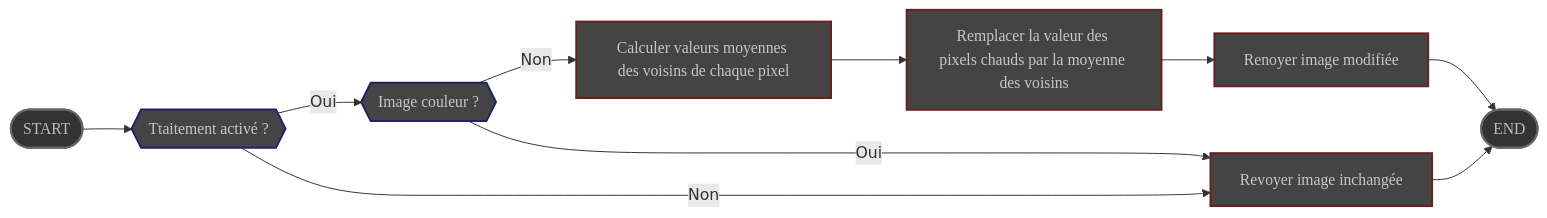
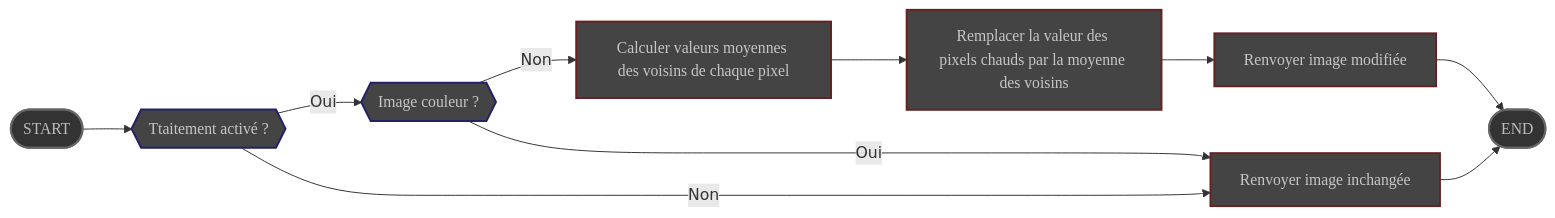
Before and after one commit to deufrai/als: the diagram in content/fr/docs/v0.7/reference/modules/preprocess/hot_remove.md, drawn with Mermaid. The commit also changed other lines of this file and 1 other file, not shown here.

Commit message:
fix typos in FR calibration processes flowcharts

````diff
--- a/content/fr/docs/v0.7/reference/modules/preprocess/hot_remove.md
+++ b/content/fr/docs/v0.7/reference/modules/preprocess/hot_remove.md
@@ -40,40 +40,40 @@
 ```mermaid
 graph LR
 
     START([START])
     
     TEST_ENABLED{{Ttaitement activé ?}}
     TEST_COLOR{{Image couleur ?}}
     
     COMPUTE[Calculer valeurs moyennes des voisins de chaque pixel]
     REPLACE[Remplacer la valeur des pixels chauds par la moyenne des voisins]
     
-    RETURN[Renoyer image modifiée]
-    UNCHANGED[Revoyer image inchangée]
+    RETURN[Renvoyer image modifiée]
+    UNCHANGED[Renvoyer image inchangée]
     
     END([END])
     
     START --> TEST_ENABLED
     TEST_ENABLED -->|Oui| TEST_COLOR
     TEST_COLOR ---->|Oui| UNCHANGED
     TEST_ENABLED ---->|Non| UNCHANGED
     TEST_COLOR -->|Non| COMPUTE
     COMPUTE --> REPLACE
     REPLACE --> RETURN
     RETURN --> END
     UNCHANGED --> END
     
     classDef bounds fill: #333, stroke: #666, stroke-width: 2px, color: #BBB, font-family: 'Poppins', sans-serif
     classDef step fill: #444, stroke: #622, stroke-width:2px, color: #c6c6c6, font-family: 'Poppins',sans-serif
     classDef wait  fill: #444, stroke: #262,stroke-width: 2px, color: #c6c6c6, font-family:'Poppins', sans-serif
     classDef test fill: #444, stroke: #226, stroke-width: 2px, color: #c6c6c6, font-family: 'Poppins', sans-serif
     
     class START bounds
     class TEST_ENABLED test
     class TEST_COLOR test
     class COMPUTE step
     class UNCHANGED step
     class REPLACE step
     class RETURN step
     class END bounds
 ```
````
